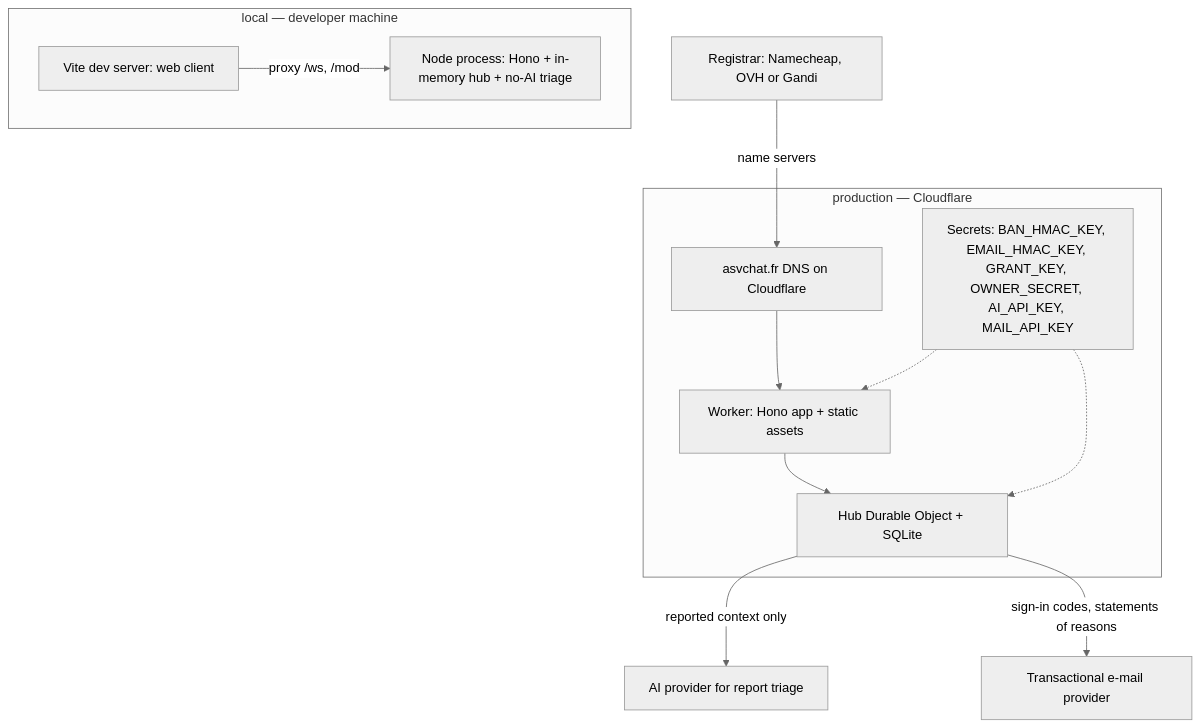
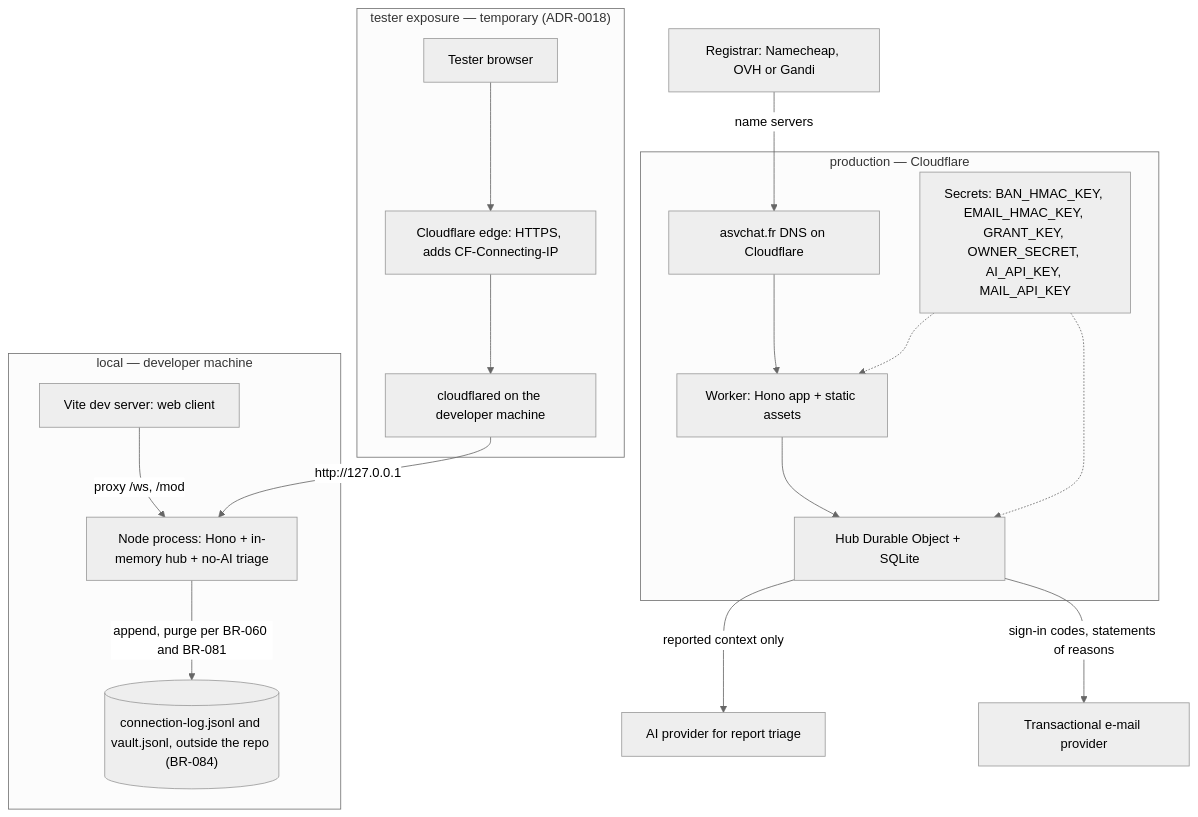
The diagram in docs/architecture/diagrams/platform/07-deployment.md (benoit-bremaud/asv), drawn with Mermaid (neutral theme) before and after one commit. The commit also changed other lines of this file and 12 other files, not shown here.

First line of the commit message:
docs(architecture): conception study for the real-tester exposure (#54) (#55)

````diff
--- a/docs/architecture/diagrams/platform/07-deployment.md
+++ b/docs/architecture/diagrams/platform/07-deployment.md
@@ -14,24 +15,34 @@
 ```mermaid
 flowchart TB
   subgraph Dev ["local — developer machine"]
     NodeProc["Node process: Hono + in-memory hub + no-AI triage"]
     Vite["Vite dev server: web client"]
     Vite -->|"proxy /ws, /mod"| NodeProc
+    LogFile[("connection-log.jsonl and vault.jsonl, outside the repo (BR-084)")]
+    NodeProc -->|"append, purge per BR-060 and BR-081"| LogFile
   end
+  subgraph Test ["tester exposure — temporary (ADR-0018)"]
+    Tester["Tester browser"]
+    Edge["Cloudflare edge: HTTPS, adds CF-Connecting-IP"]
+    Cloudflared["cloudflared on the developer machine"]
+    Tester --> Edge
+    Edge --> Cloudflared
+  end
+  Cloudflared -->|"http://127.0.0.1"| NodeProc
   subgraph Prod ["production — Cloudflare"]
     DNS["asvchat.fr DNS on Cloudflare"]
     Worker["Worker: Hono app + static assets"]
     HubDO["Hub Durable Object + SQLite"]
     Secrets["Secrets: BAN_HMAC_KEY, EMAIL_HMAC_KEY, GRANT_KEY, OWNER_SECRET, AI_API_KEY, MAIL_API_KEY"]
     DNS --> Worker
     Worker --> HubDO
     Secrets -.-> Worker
     Secrets -.-> HubDO
   end
   AI["AI provider for report triage"]
   Registrar["Registrar: Namecheap, OVH or Gandi"]
   Registrar -->|"name servers"| DNS
   HubDO -->|"reported context only"| AI
   Mail["Transactional e-mail provider"]
   HubDO -->|"sign-in codes, statements of reasons"| Mail
 ```
````
